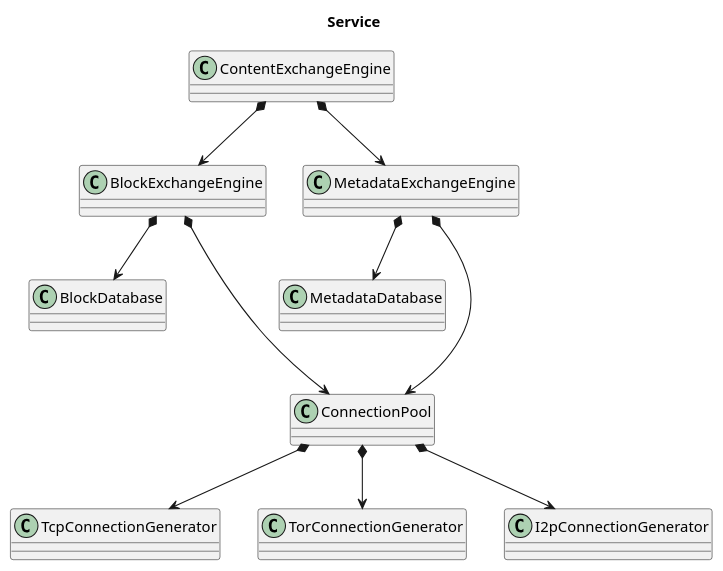
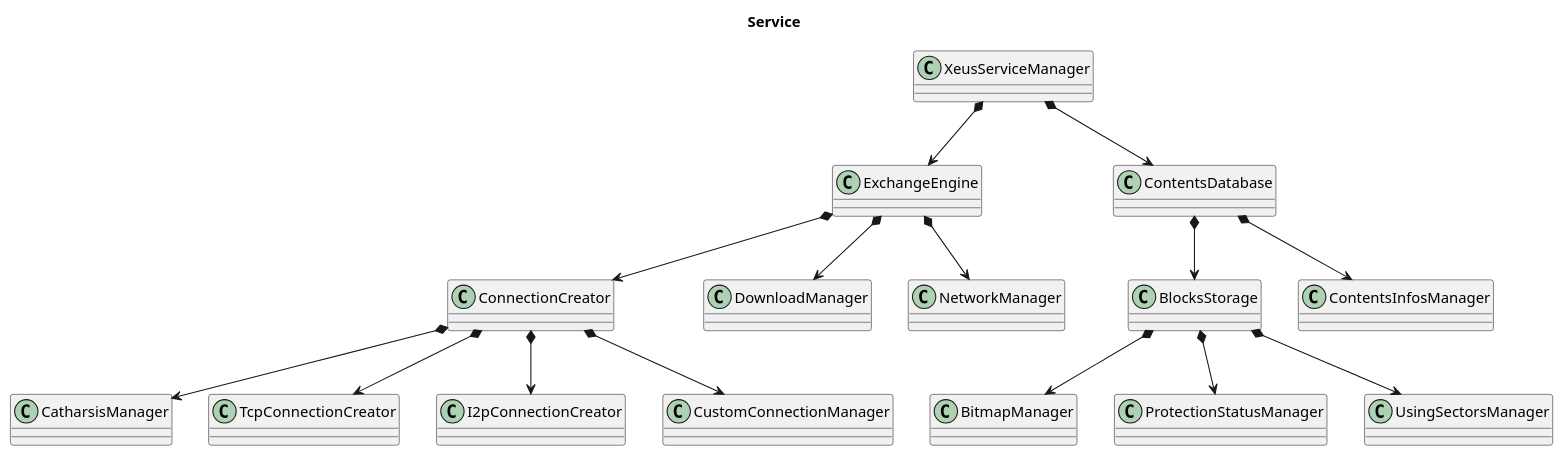
The diagram in docs/Proposals/0000/Service.puml (omnius-labs/axus-cs), drawn with PlantUML before and after one commit. The commit also changed 162 other files, not shown here.

```diff
--- a/docs/Proposals/0000/Service.puml
+++ b/docs/Proposals/0000/Service.puml
@@ -1,17 +1,24 @@
 @startuml
 
 title Service
 
-ContentExchangeEngine *--> BlockExchangeEngine
-ContentExchangeEngine *--> MetadataExchangeEngine
+XeusServiceManager *--> ExchangeEngine
+XeusServiceManager *--> ContentsDatabase
 
-BlockExchangeEngine *--> BlockDatabase
-MetadataExchangeEngine *--> MetadataDatabase
-BlockExchangeEngine *---> ConnectionPool
-MetadataExchangeEngine *---> ConnectionPool
+ContentsDatabase *--> BlocksStorage
+ContentsDatabase *--> ContentsInfosManager
 
-ConnectionPool *--> TcpConnectionGenerator
-ConnectionPool *--> TorConnectionGenerator
-ConnectionPool *--> I2pConnectionGenerator
+BlocksStorage *--> BitmapManager
+BlocksStorage *--> ProtectionStatusManager
+BlocksStorage *--> UsingSectorsManager
+
+ExchangeEngine *--> ConnectionCreator
+ExchangeEngine *--> DownloadManager
+ExchangeEngine *--> NetworkManager
+
+ConnectionCreator *--> CatharsisManager
+ConnectionCreator *--> TcpConnectionCreator
+ConnectionCreator *--> I2pConnectionCreator
+ConnectionCreator *--> CustomConnectionManager
 
 @enduml
```
